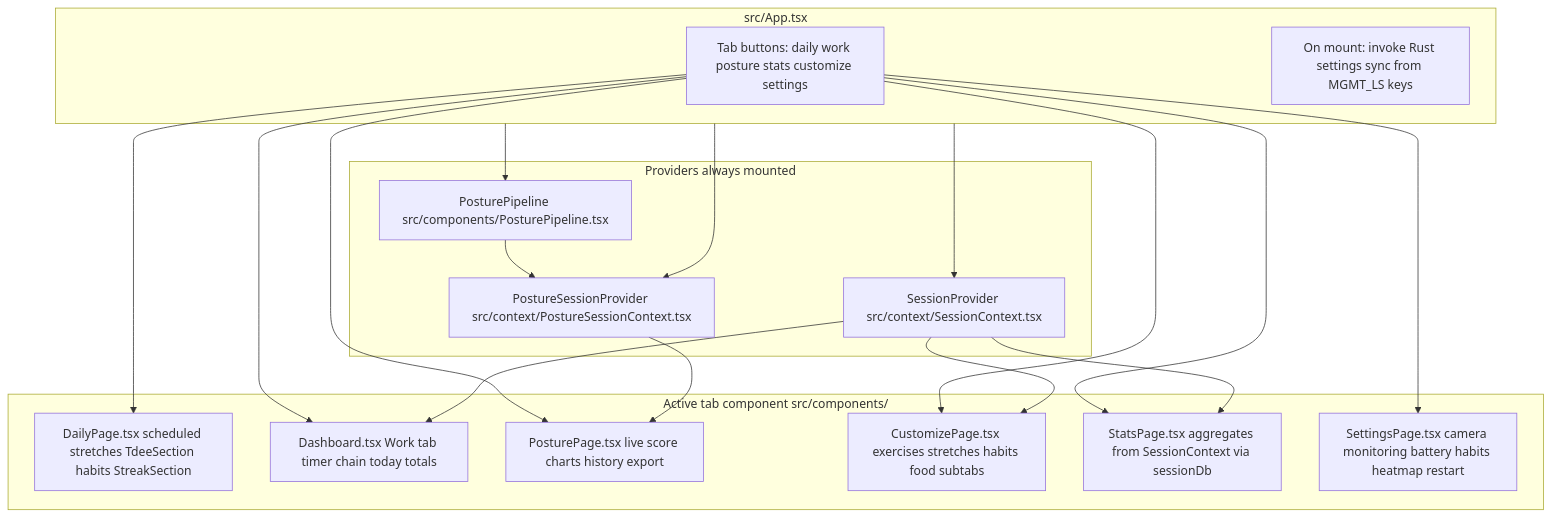
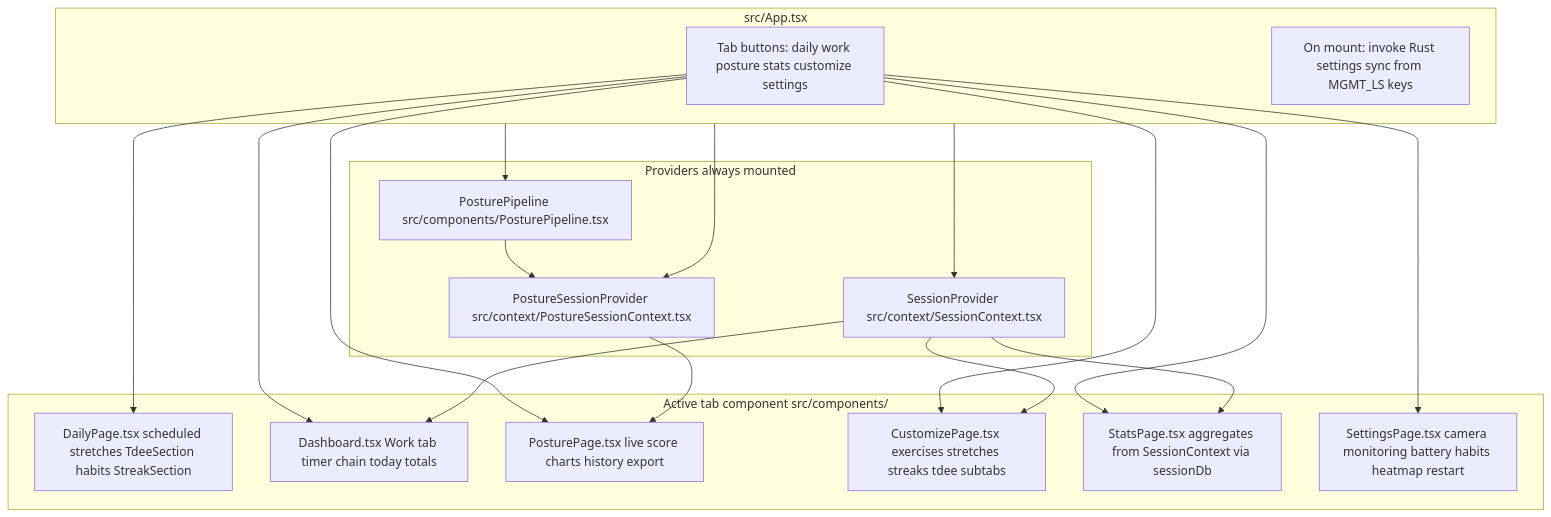
Before and after one commit to jdserenity/management: the first of 3 diagrams in docs/ARCHITECTURE.md, drawn with Mermaid. The commit also changed other lines of this file and 3 other files, not shown here.

First line of the commit message:
Reorder Stretches tab and rename Customize subtabs to Streaks and TDEE.

````diff
--- a/docs/ARCHITECTURE.md
+++ b/docs/ARCHITECTURE.md
@@ -74,34 +74,34 @@
 ```mermaid
 flowchart TB
   subgraph app["src/App.tsx"]
     nav["Tab buttons: daily work posture stats customize settings"]
     boot["On mount: invoke Rust settings sync from MGMT_LS keys"]
   end
   subgraph providers["Providers always mounted"]
     SP["SessionProvider src/context/SessionContext.tsx"]
     PSP["PostureSessionProvider src/context/PostureSessionContext.tsx"]
     PL["PosturePipeline src/components/PosturePipeline.tsx"]
   end
   subgraph tabs["Active tab component src/components/"]
     Daily["DailyPage.tsx scheduled stretches TdeeSection habits StreakSection"]
     D["Dashboard.tsx Work tab timer chain today totals"]
     PPg["PosturePage.tsx live score charts history export"]
-    CW["CustomizePage.tsx exercises stretches habits food subtabs"]
+    CW["CustomizePage.tsx exercises stretches streaks tdee subtabs"]
     ST["StatsPage.tsx aggregates from SessionContext via sessionDb"]
     SE["SettingsPage.tsx camera monitoring battery habits heatmap restart"]
   end
   nav --> Daily
   nav --> D
   nav --> PPg
   nav --> CW
   nav --> ST
   nav --> SE
   app --> SP
   app --> PSP
   app --> PL
   SP --> D
   SP --> CW
   SP --> ST
   PSP --> PPg
   PL --> PSP
 ```
````
